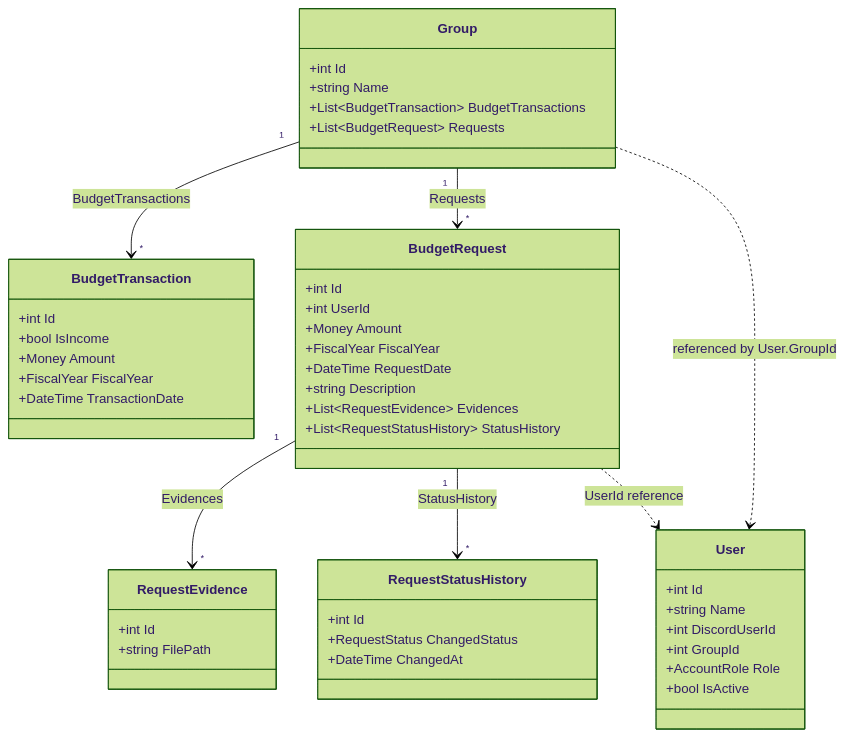
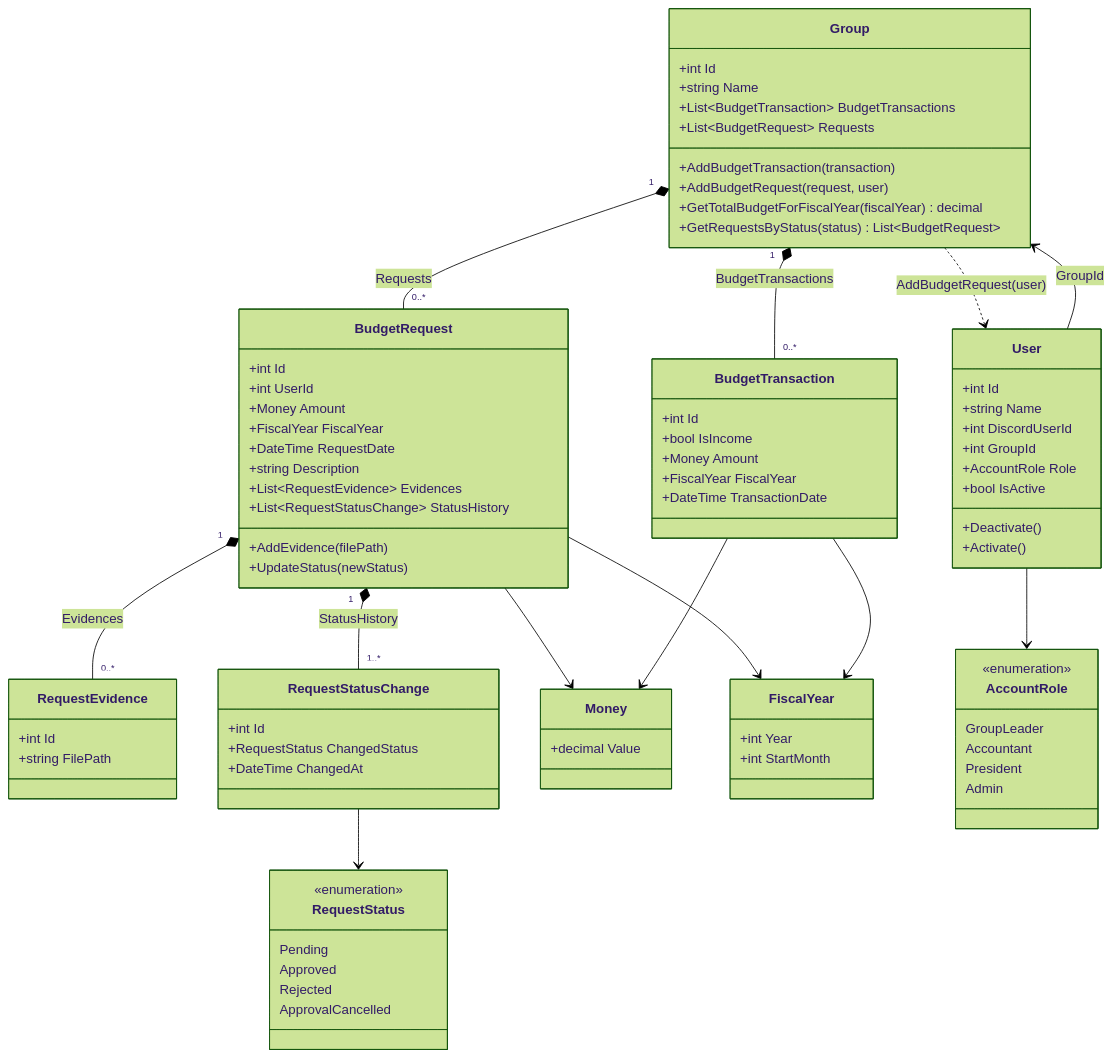
Before and after one commit to CASru-IT/BudgetManagementBotSystem: the second of 2 diagrams in README.md, drawn with Mermaid (forest theme). The commit also changed other lines of this file, not shown here.

````diff
--- a/README.md
+++ b/README.md
@@ -228,55 +242,95 @@
 ```mermaid
 classDiagram
-    class Group {
-        +int Id
-        +string Name
-        +List~BudgetTransaction~ BudgetTransactions
-        +List~BudgetRequest~ Requests
-    }
 
-    class User {
-        +int Id
-        +string Name
-        +int DiscordUserId
-        +int GroupId
-        +AccountRole Role
-        +bool IsActive
-    }
+class Group {
+  +int Id
+  +string Name
+  +List~BudgetTransaction~ BudgetTransactions
+  +List~BudgetRequest~ Requests
+  +AddBudgetTransaction(transaction)
+  +AddBudgetRequest(request, user)
+  +GetTotalBudgetForFiscalYear(fiscalYear) decimal
+  +GetRequestsByStatus(status) List~BudgetRequest~
+}
 
-    class BudgetTransaction {
-        +int Id
-        +bool IsIncome
-        +Money Amount
-        +FiscalYear FiscalYear
-        +DateTime TransactionDate
-    }
+class BudgetRequest {
+  +int Id
+  +int UserId
+  +Money Amount
+  +FiscalYear FiscalYear
+  +DateTime RequestDate
+  +string Description
+  +List~RequestEvidence~ Evidences
+  +List~RequestStatusChange~ StatusHistory
+  +AddEvidence(filePath)
+  +UpdateStatus(newStatus)
+}
 
-    class BudgetRequest {
-        +int Id
-        +int UserId
-        +Money Amount
-        +FiscalYear FiscalYear
-        +DateTime RequestDate
-        +string Description
-        +List~RequestEvidence~ Evidences
-        +List~RequestStatusHistory~ StatusHistory
-    }
+class BudgetTransaction {
+  +int Id
+  +bool IsIncome
+  +Money Amount
+  +FiscalYear FiscalYear
+  +DateTime TransactionDate
+}
 
-    class RequestEvidence {
-        +int Id
-        +string FilePath
-    }
+class RequestEvidence {
+  +int Id
+  +string FilePath
+}
 
-    class RequestStatusHistory {
-        +int Id
-        +RequestStatus ChangedStatus
-        +DateTime ChangedAt
-    }
+class RequestStatusChange {
+  +int Id
+  +RequestStatus ChangedStatus
+  +DateTime ChangedAt
+}
 
-    Group "1" --> "*" BudgetTransaction : BudgetTransactions
-    Group "1" --> "*" BudgetRequest : Requests
-    Group ..> User : referenced by User.GroupId
-    BudgetRequest "1" --> "*" RequestEvidence : Evidences
-    BudgetRequest "1" --> "*" RequestStatusHistory : StatusHistory
-    BudgetRequest ..> User : UserId reference
+class User {
+  +int Id
+  +string Name
+  +int DiscordUserId
+  +int GroupId
+  +AccountRole Role
+  +bool IsActive
+  +Deactivate()
+  +Activate()
+}
+
+class Money {
+  +decimal Value
+}
+
+class FiscalYear {
+  +int Year
+  +int StartMonth
+}
+
+class RequestStatus {
+  <<enumeration>>
+  Pending
+  Approved
+  Rejected
+  ApprovalCancelled
+}
+
+class AccountRole {
+  <<enumeration>>
+  GroupLeader
+  Accountant
+  President
+  Admin
+}
+
+Group "1" *-- "0..*" BudgetTransaction : BudgetTransactions
+Group "1" *-- "0..*" BudgetRequest : Requests
+BudgetRequest "1" *-- "0..*" RequestEvidence : Evidences
+BudgetRequest "1" *-- "1..*" RequestStatusChange : StatusHistory
+BudgetRequest --> Money
+BudgetRequest --> FiscalYear
+BudgetTransaction --> Money
+BudgetTransaction --> FiscalYear
+RequestStatusChange --> RequestStatus
+User --> AccountRole
+User --> Group : GroupId
+Group ..> User : AddBudgetRequest(user)
 ```
````
